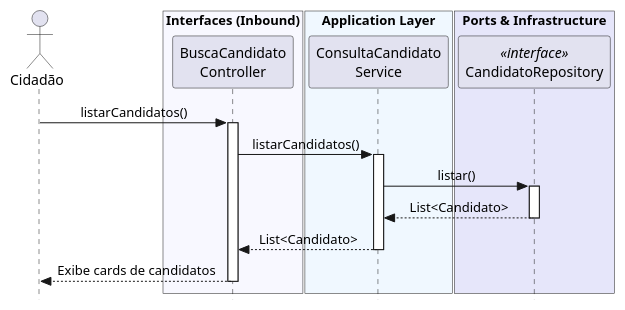
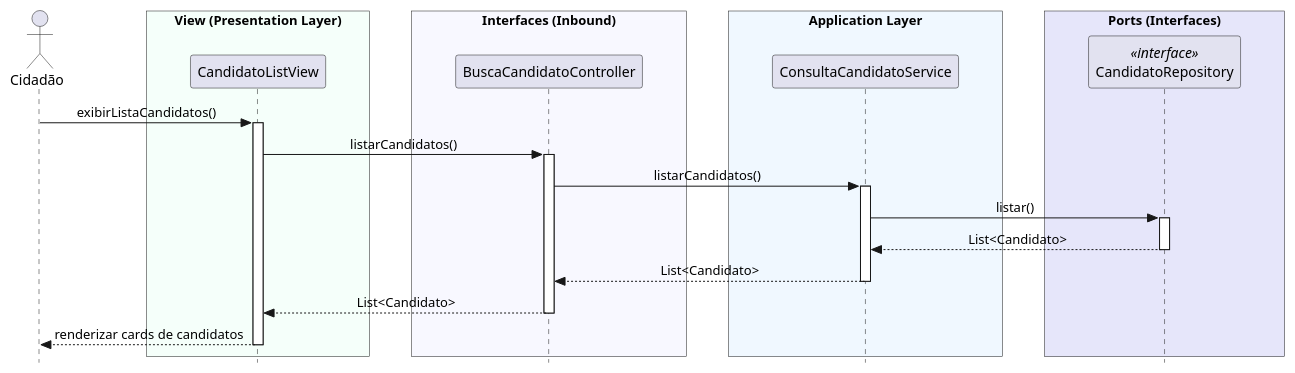
The diagram in Documentação /04 - Implementação/Diagramas_de_Squência_de_Implementação/UC5.md (gabrielfaravola/ProjetoEngenharia), drawn with PlantUML before and after one commit. The commit also changed other lines of this file, not shown here.

Commit message:
Update UC5.md with sequence diagram changes

````diff
--- a/Documentação /04 - Implementação/Diagramas_de_Squência_de_Implementação/UC5.md
+++ b/Documentação /04 - Implementação/Diagramas_de_Squência_de_Implementação/UC5.md
@@ -7,37 +7,52 @@
 ```plantuml
 @startuml
 skinparam style strictuml
 skinparam sequenceMessageAlign center
+skinparam ParticipantPadding 40
+skinparam ParticipantMinWidth 140
+skinparam BoxPadding 20
 
 actor "Cidadão" as User
 
+box "View (Presentation Layer)" #MintCream
+participant "CandidatoListView" as View
+end box
+
 box "Interfaces (Inbound)" #GhostWhite
-    participant "BuscaCandidato\nController" as Ctrl
+participant "BuscaCandidatoController" as Ctrl
 end box
 
 box "Application Layer" #AliceBlue
-    participant "ConsultaCandidato\nService" as Service
+participant "ConsultaCandidatoService" as Service
 end box
 
-box "Ports & Infrastructure" #Lavender
-    participant "CandidatoRepository" as Repo <<interface>>
+box "Ports (Interfaces)" #Lavender
+participant "CandidatoRepository" as Repo <<interface>>
 end box
 
-User -> Ctrl : listarCandidatos()
+
+User -> View : exibirListaCandidatos()
+activate View
+
+View -> Ctrl : listarCandidatos()
 activate Ctrl
 
 Ctrl -> Service : listarCandidatos()
 activate Service
 
 Service -> Repo : listar()
 activate Repo
 Repo --> Service : List<Candidato>
 deactivate Repo
 
 Service --> Ctrl : List<Candidato>
 deactivate Service
 
-Ctrl --> User : Exibe cards de candidatos
+Ctrl --> View : List<Candidato>
 deactivate Ctrl
+
+View --> User : renderizar cards de candidatos
+deactivate View
+
 @enduml
 ```
````
